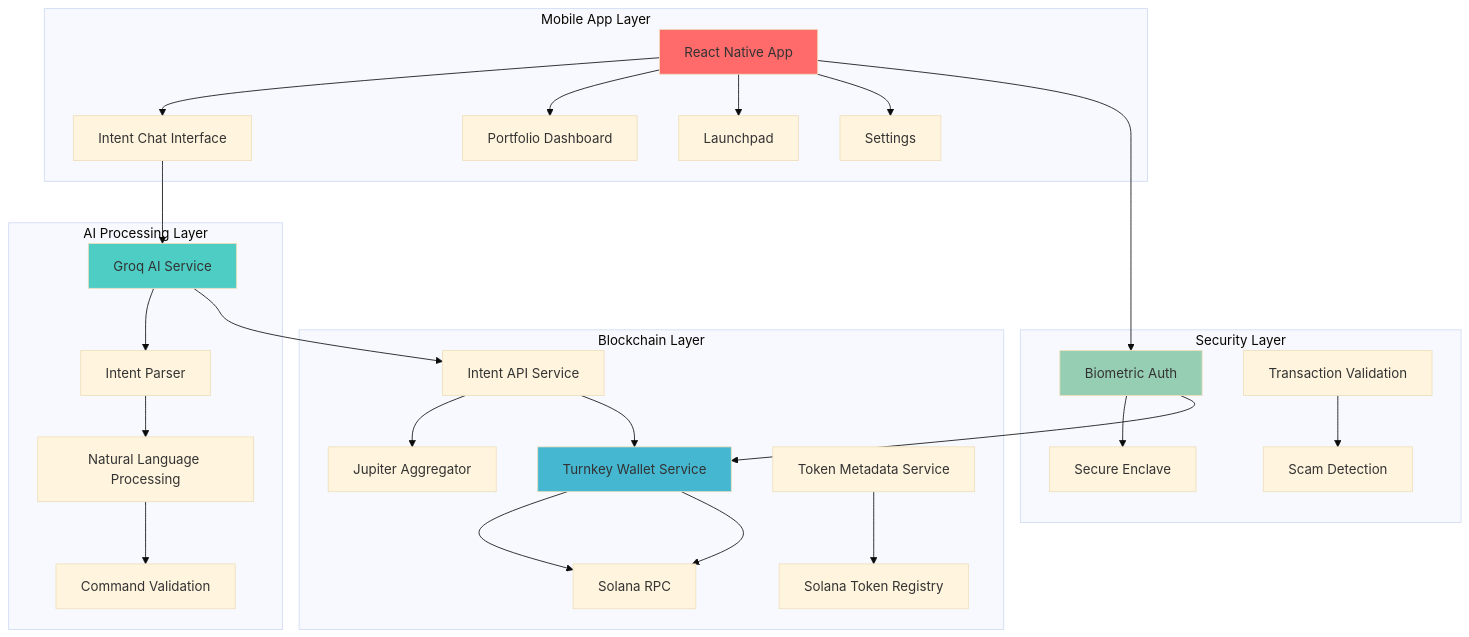
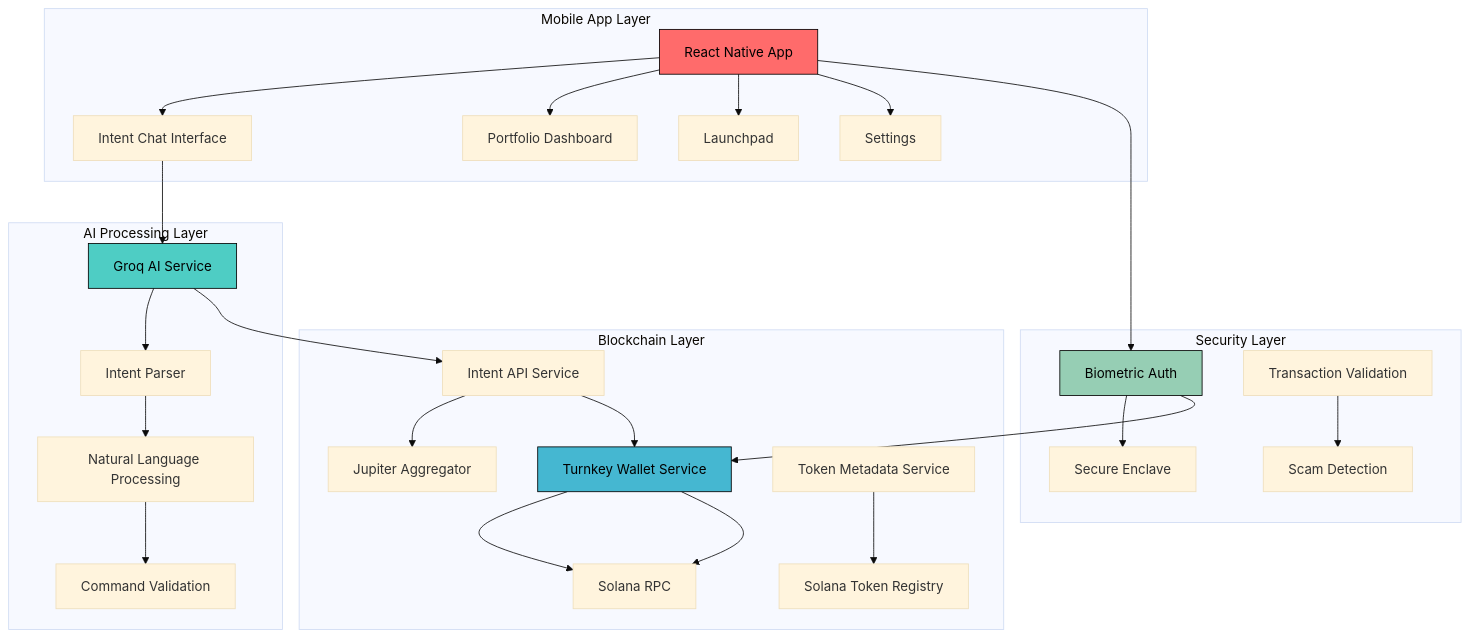
One commit to vmmuthu31/intentify changed the first of 2 diagrams in README.md. Above: the diagram before and after it, drawn with Mermaid (base theme). The commit also changed other lines of this file, not shown here.

Commit message:
feat: Update README.md to enhance clarity and detail in architecture, technical stack, and user experience sections

````diff
--- a/README.md
+++ b/README.md
@@ -49,39 +49,44 @@
 ```mermaid
 graph TB
+    %% Mobile App Layer
     subgraph "Mobile App Layer"
         A[React Native App] --> B[Intent Chat Interface]
         A --> C[Portfolio Dashboard]
         A --> D[Launchpad]
         A --> E[Settings]
     end
-    
+
+    %% AI Processing Layer
     subgraph "AI Processing Layer"
         F[Groq AI Service] --> G[Intent Parser]
         G --> H[Natural Language Processing]
         H --> I[Command Validation]
     end
-    
+
+    %% Blockchain Layer
     subgraph "Blockchain Layer"
         J[Turnkey Wallet Service] --> K[Solana RPC]
         L[Intent API Service] --> M[Jupiter Aggregator]
         N[Token Metadata Service] --> O[Solana Token Registry]
     end
-    
+
+    %% Security Layer
     subgraph "Security Layer"
         P[Biometric Auth] --> Q[Secure Enclave]
         R[Transaction Validation] --> S[Scam Detection]
     end
-    
+
     B --> F
     F --> L
     L --> J
     J --> K
-    
+
     A --> P
     P --> J
-    
-    style A fill:#ff6b6b
-    style F fill:#4ecdc4
-    style J fill:#45b7d1
-    style P fill:#96ceb4
+
+    %% Style section for visibility on both dark and light backgrounds
+    style A fill:#ff6b6b,stroke:#000,stroke-width:1px,color:#000
+    style F fill:#4ecdc4,stroke:#000,stroke-width:1px,color:#000
+    style J fill:#45b7d1,stroke:#000,stroke-width:1px,color:#000
+    style P fill:#96ceb4,stroke:#000,stroke-width:1px,color:#000
 ```
````
